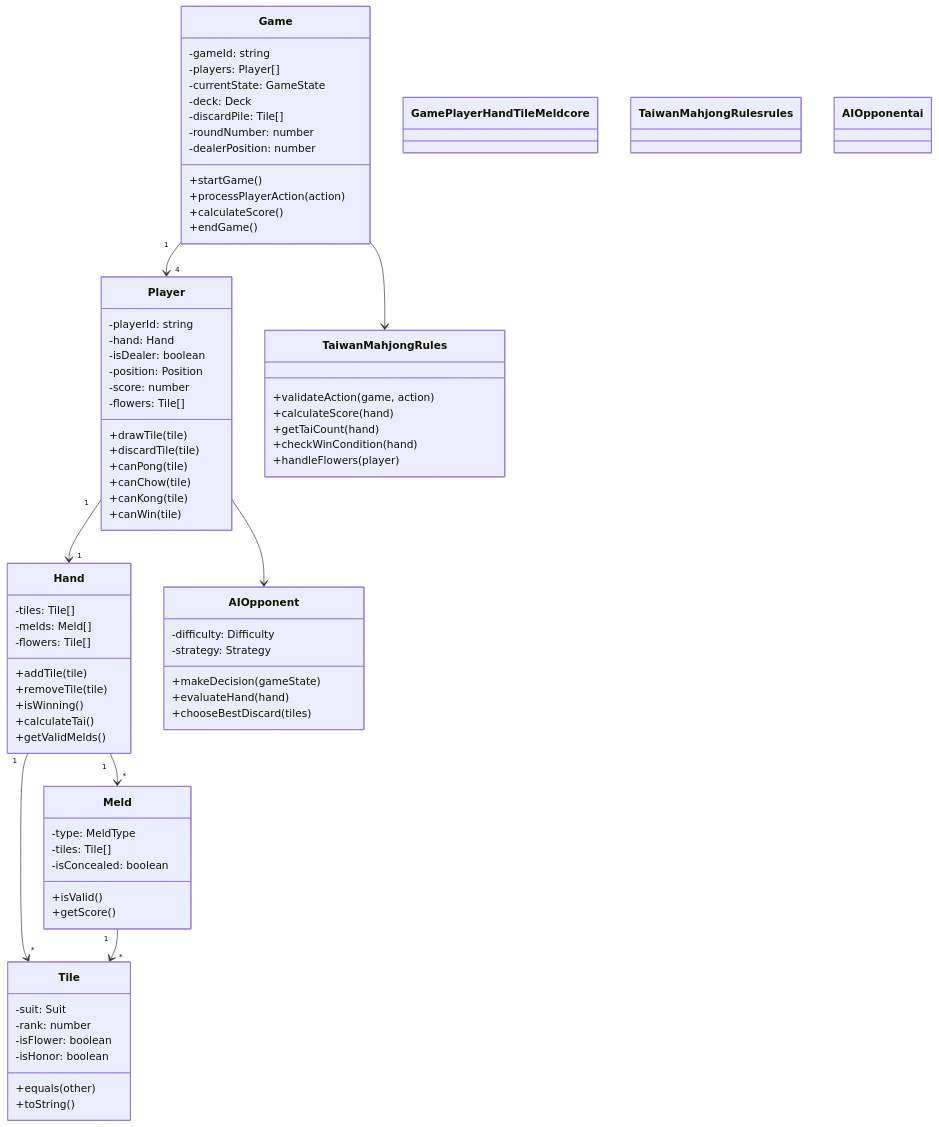
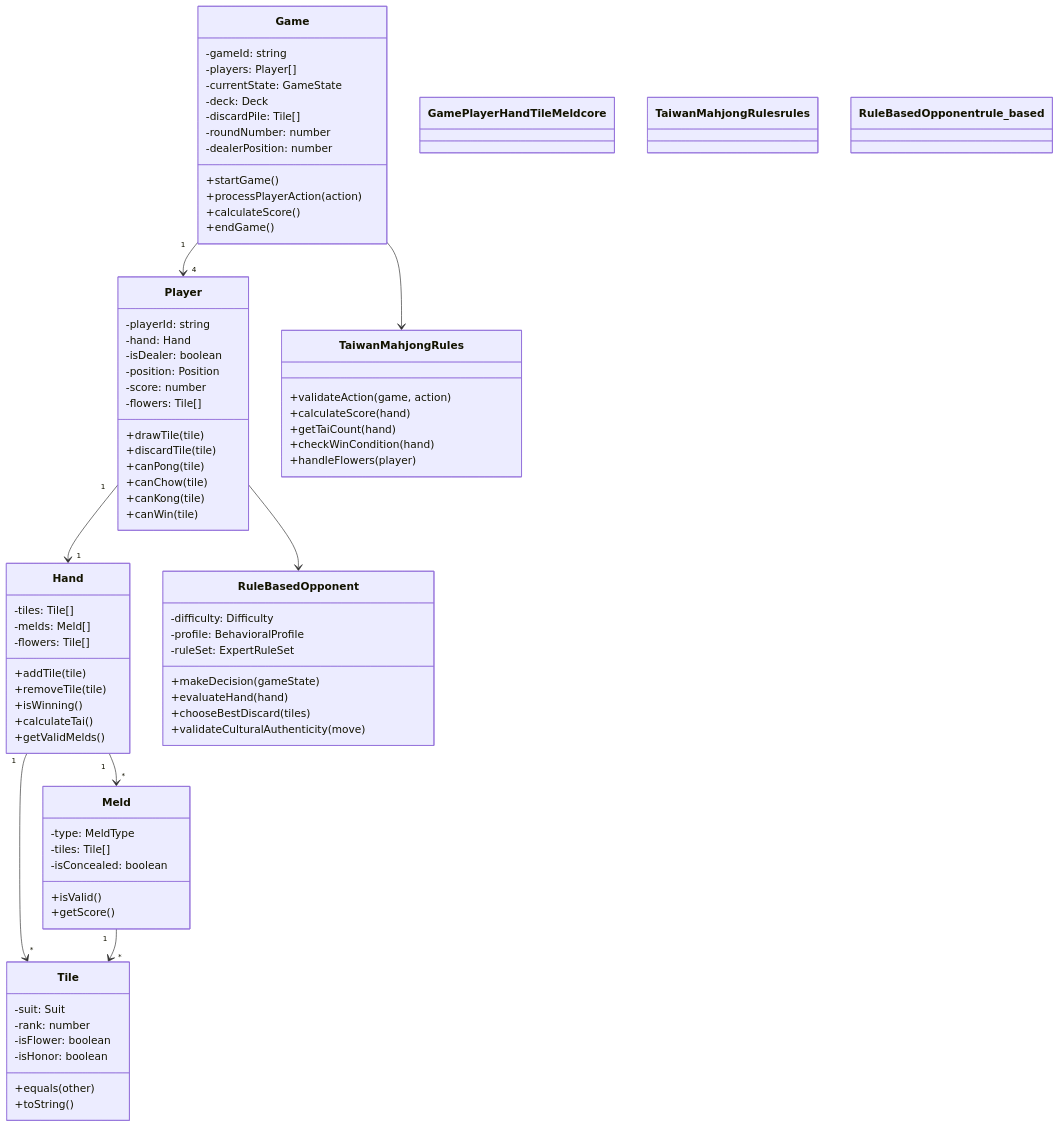
Before and after one commit to cloudaipro/tai_mahjong: diagram 13 of 23 in docs/system-architecture-and-design.md, drawn with Mermaid. The commit also changed other lines of this file and 9 other files, not shown here.

Commit message:
adapt rule-base-expert system

````diff
--- a/docs/system-architecture-and-design.md
+++ b/docs/system-architecture-and-design.md
@@ -1801,12 +1801,14 @@
         +handleFlowers(player)
     }
     
-    class AIOpponent {
+    class RuleBasedOpponent {
         -difficulty: Difficulty
-        -strategy: Strategy
+        -profile: BehavioralProfile
+        -ruleSet: ExpertRuleSet
         +makeDecision(gameState)
         +evaluateHand(hand)
         +chooseBestDiscard(tiles)
+        +validateCulturalAuthenticity(move)
     }
     
     Game "1" --> "4" Player
@@ -1815,13 +1817,13 @@
     Hand "1" --> "*" Meld
     Meld "1" --> "*" Tile
     Game --> TaiwanMahjongRules
-    Player --> AIOpponent
+    Player --> RuleBasedOpponent
     
     classDef core fill:#e8f5e8,stroke:#2e7d32
     classDef rules fill:#fff3e0,stroke:#ef6c00
-    classDef ai fill:#e3f2fd,stroke:#1976d2
+    classDef rule_based fill:#e3f2fd,stroke:#1976d2
     
     class Game Player Hand Tile Meld core
     class TaiwanMahjongRules rules
-    class AIOpponent ai
+    class RuleBasedOpponent rule_based
 ```
````
